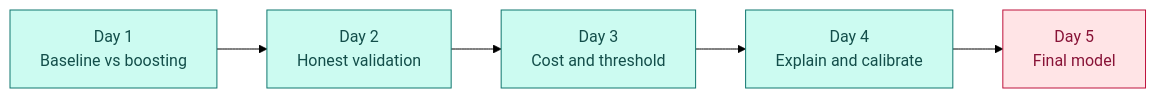
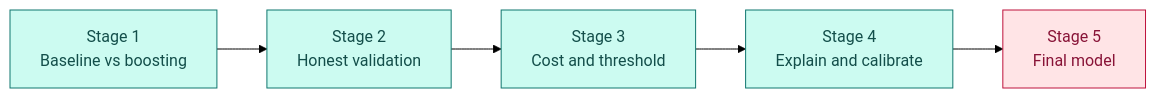
Before and after one commit to HareerFN/Hareer_Farraj_Tamweel_SDAIA_AdvancedML: the second of 4 diagrams in README.md, drawn with Mermaid (forest theme). The commit also changed other lines of this file, not shown here.

````diff
--- a/README.md
+++ b/README.md
@@ -105,12 +158,12 @@
 ```mermaid
 flowchart LR
-    D1["Day 1<br/>Baseline vs boosting"] --> D2["Day 2<br/>Honest validation"]
-    D2 --> D3["Day 3<br/>Cost and threshold"]
-    D3 --> D4["Day 4<br/>Explain and calibrate"]
-    D4 --> D5["Day 5<br/>Final model"]
+    S1["Stage 1<br/>Baseline vs boosting"] --> S2["Stage 2<br/>Honest validation"]
+    S2 --> S3["Stage 3<br/>Cost and threshold"]
+    S3 --> S4["Stage 4<br/>Explain and calibrate"]
+    S4 --> S5["Stage 5<br/>Final model"]
 
-    classDef day fill:#CCFBF1,stroke:#0F766E,color:#134E4A
+    classDef stage fill:#CCFBF1,stroke:#0F766E,color:#134E4A
     classDef final fill:#FFE4E6,stroke:#BE123C,color:#881337
-    class D1,D2,D3,D4 day
-    class D5 final
+    class S1,S2,S3,S4 stage
+    class S5 final
 ```
````
